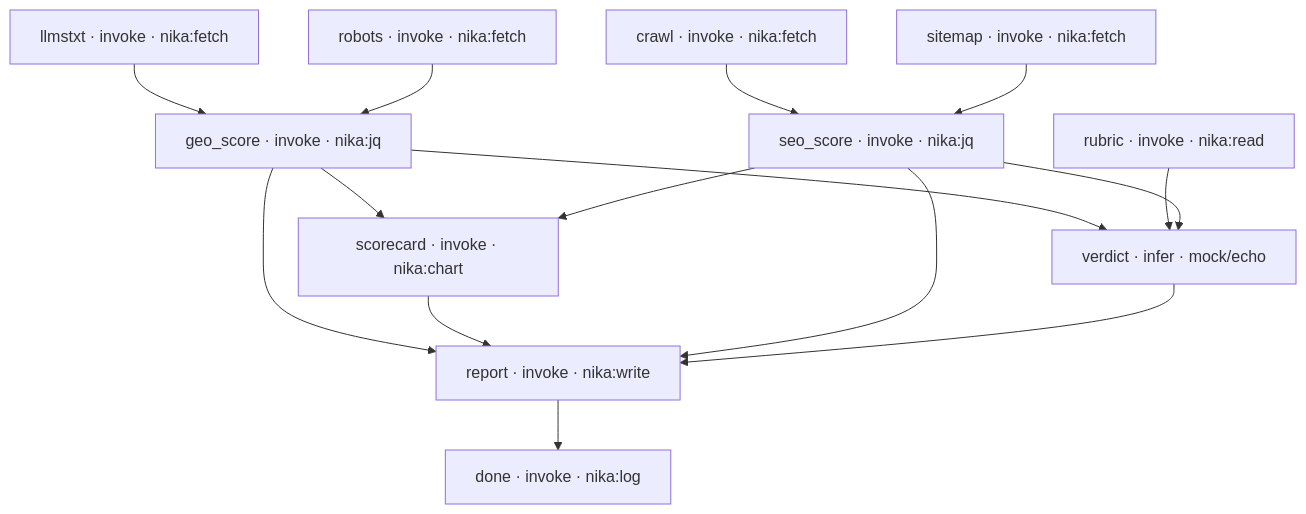
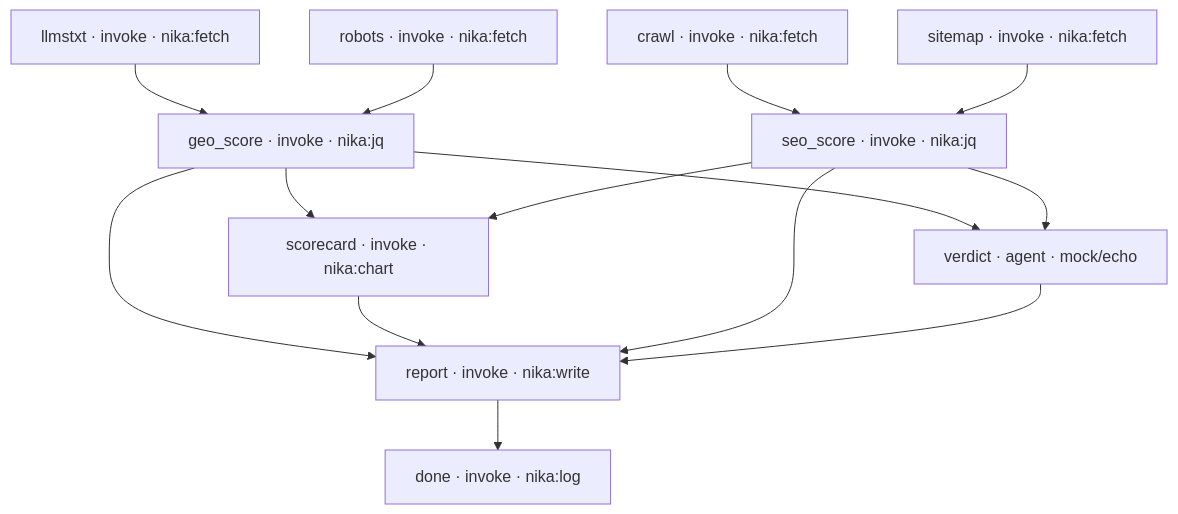
The diagram in README.md (supernovae-st/nika-site-audit), drawn with Mermaid before and after one commit. The commit also changed other lines of this file and 2 other files, not shown here.

First line of the commit message:
docs(flagship): the diagram tells the shipped file's truth (#15)

````diff
--- a/README.md
+++ b/README.md
@@ -21,28 +21,26 @@
 ```mermaid
 graph TD
   robots["robots · invoke · nika:fetch"]
   llmstxt["llmstxt · invoke · nika:fetch"]
   sitemap["sitemap · invoke · nika:fetch"]
   crawl["crawl · invoke · nika:fetch"]
-  rubric["rubric · invoke · nika:read"]
   geo_score["geo_score · invoke · nika:jq"]
   seo_score["seo_score · invoke · nika:jq"]
   scorecard["scorecard · invoke · nika:chart"]
-  verdict["verdict · infer · mock/echo"]
+  verdict["verdict · agent · mock/echo"]
   report["report · invoke · nika:write"]
   done["done · invoke · nika:log"]
   crawl --> seo_score
   geo_score --> report
   geo_score --> scorecard
   geo_score --> verdict
   llmstxt --> geo_score
   report --> done
   robots --> geo_score
-  rubric --> verdict
   scorecard --> report
   seo_score --> report
   seo_score --> scorecard
   seo_score --> verdict
   sitemap --> seo_score
   verdict --> report
 ```
````
